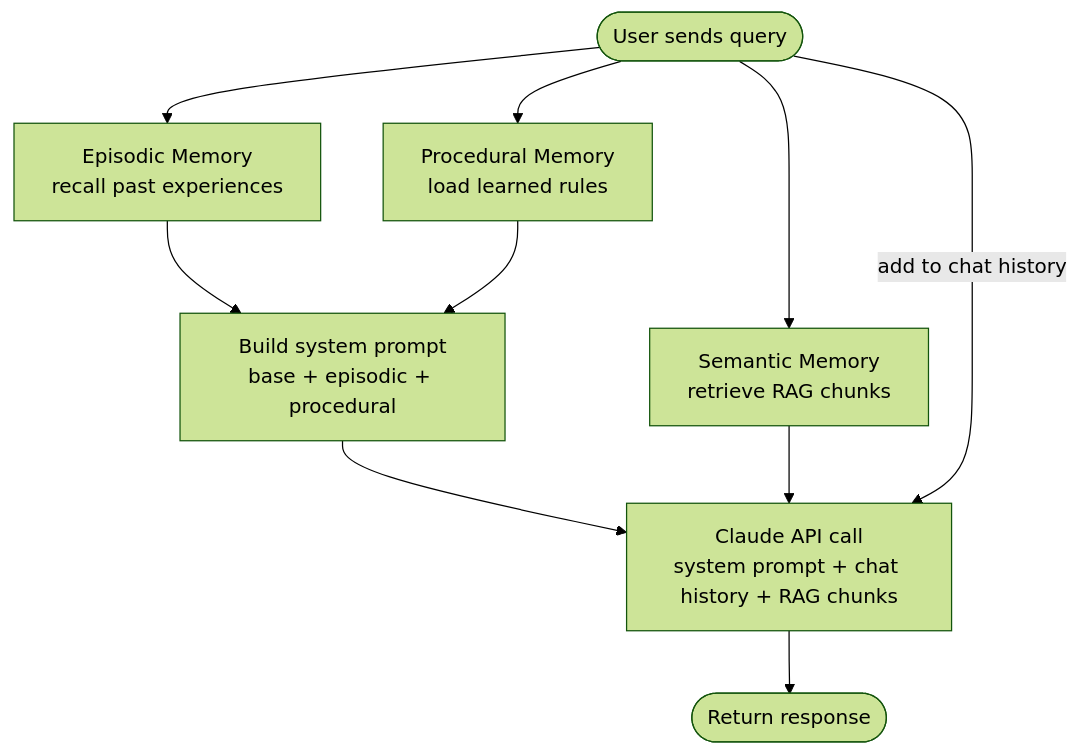
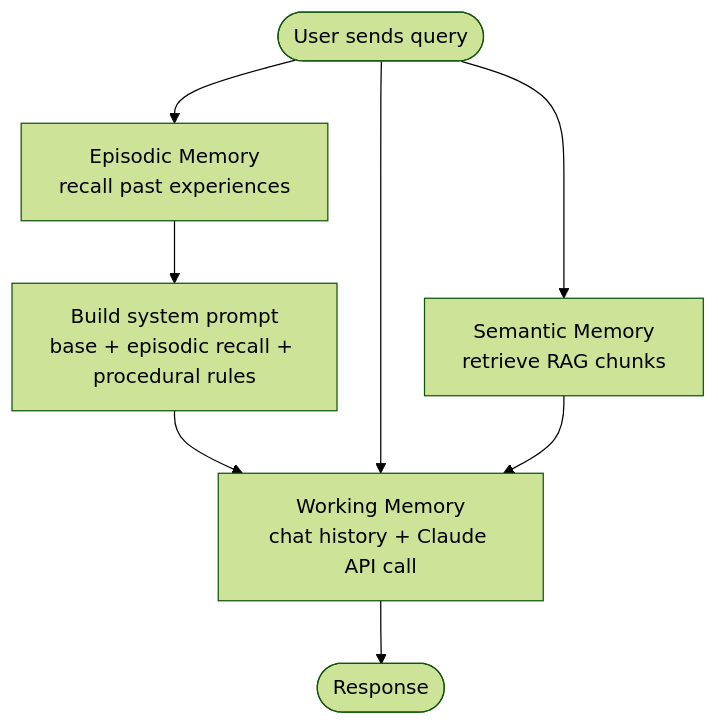
One commit to apattichis/cognitive-memory-agent changed the second of 4 diagrams in ARCHITECTURE.md. Above: the diagram before and after it, drawn with Mermaid (forest theme). The commit also changed other lines of this file and 6 other files, not shown here.

First line of the commit message:
docs: fix architecture diagrams, clean up notebook, re-run benchmark

````diff
--- a/ARCHITECTURE.md
+++ b/ARCHITECTURE.md
@@ -31,16 +16,13 @@
 ```mermaid
 flowchart TD
     Q([User sends query]) --> EP[Episodic Memory<br/>recall past experiences]
-    Q --> PR[Procedural Memory<br/>load learned rules]
-
-    EP --> SYS[Build system prompt<br/>base + episodic + procedural]
-    PR --> SYS
-
     Q --> SEM[Semantic Memory<br/>retrieve RAG chunks]
 
-    SYS --> LLM[Claude API call<br/>system prompt + chat history + RAG chunks]
-    SEM --> LLM
-    Q -->|add to chat history| LLM
+    EP --> SYS[Build system prompt<br/>base + episodic recall + procedural rules]
 
-    LLM --> R([Return response])
+    SYS --> WM[Working Memory<br/>chat history + Claude API call]
+    Q --> WM
+    SEM --> WM
+
+    WM --> R([Response])
 ```
````
